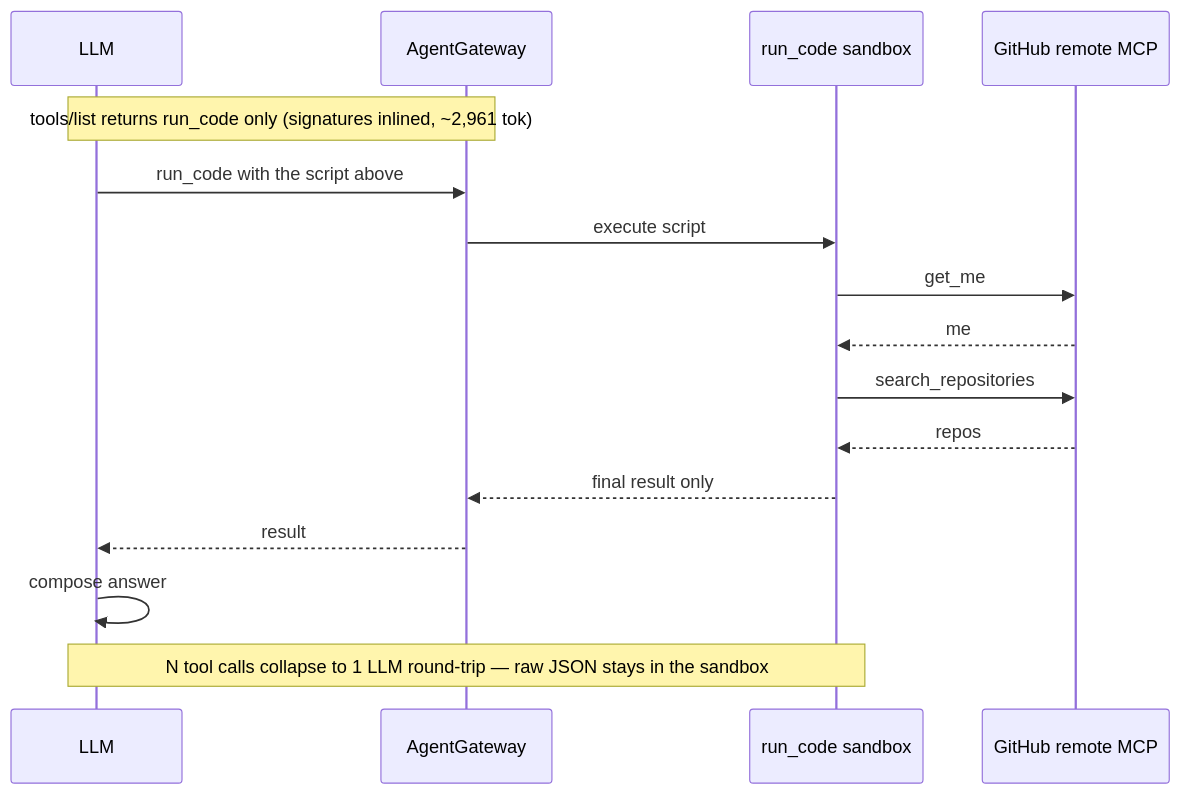
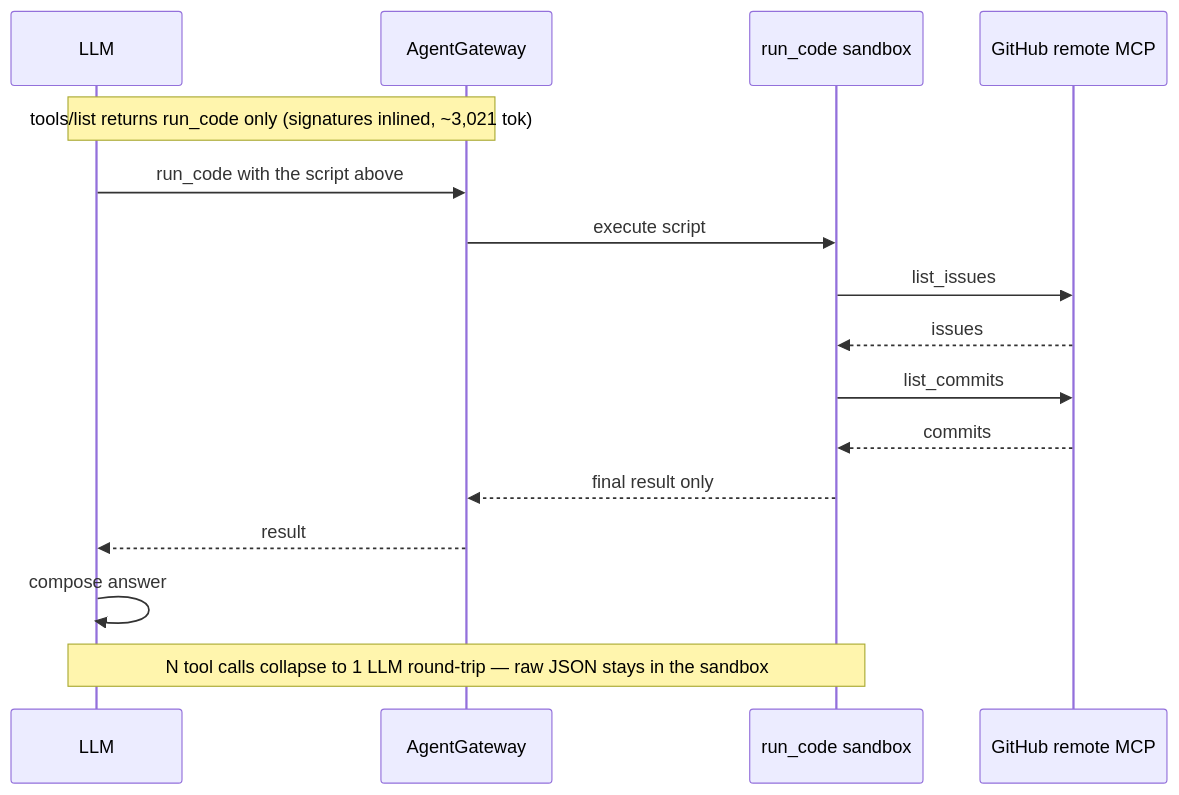
Before and after one commit to sebbycorp/agentgateway-demos: the fourth of 6 diagrams in 104-ent-github-tokenomics/README.md, drawn with Mermaid. The commit also changed other lines of this file and 8 other files, not shown here.

````diff
--- a/104-ent-github-tokenomics/README.md
+++ b/104-ent-github-tokenomics/README.md
@@ -110,18 +112,18 @@
 ```mermaid
 sequenceDiagram
     participant M as LLM
     participant G as AgentGateway
     participant S as run_code sandbox
     participant GH as GitHub remote MCP
-    Note over M,G: tools/list returns run_code only (signatures inlined, ~2,961 tok)
+    Note over M,G: tools/list returns run_code only (signatures inlined, ~3,021 tok)
     M->>G: run_code with the script above
     G->>S: execute script
-    S->>GH: get_me
-    GH-->>S: me
-    S->>GH: search_repositories
-    GH-->>S: repos
+    S->>GH: list_issues
+    GH-->>S: issues
+    S->>GH: list_commits
+    GH-->>S: commits
     S-->>G: final result only
     G-->>M: result
     M->>M: compose answer
     Note over M,S: N tool calls collapse to 1 LLM round-trip — raw JSON stays in the sandbox
 ```
````
